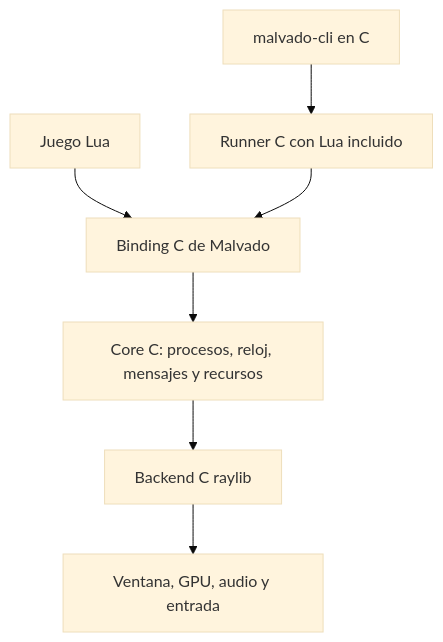
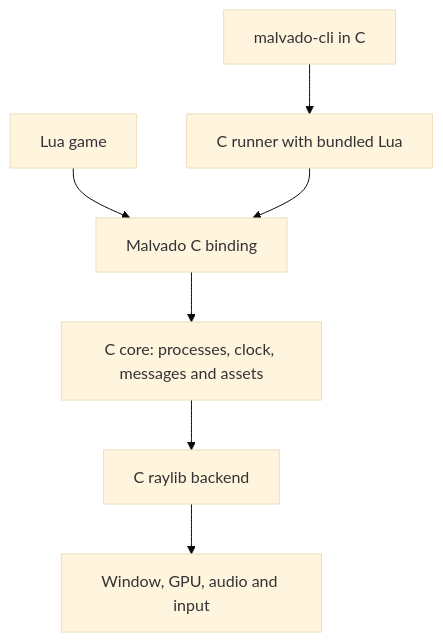
One commit to jepemo/malvado changed the diagram in docs/architecture/runtime.md. Above: the diagram before and after it, drawn with Mermaid (base theme). The commit also changed other lines of this file and 60 other files, not shown here.

````diff
--- a/docs/architecture/runtime.md
+++ b/docs/architecture/runtime.md
@@ -7,9 +7,9 @@
 ```mermaid
 flowchart TD
-    Game[Juego Lua] --> Binding[Binding C de Malvado]
-    CLI[malvado-cli en C] --> Runner[Runner C con Lua incluido]
+    Game[Lua game] --> Binding[Malvado C binding]
+    CLI[malvado-cli in C] --> Runner[C runner with bundled Lua]
     Runner --> Binding
-    Binding --> Core[Core C: procesos, reloj, mensajes y recursos]
-    Core --> Backend[Backend C raylib]
-    Backend --> Platform[Ventana, GPU, audio y entrada]
+    Binding --> Core[C core: processes, clock, messages and assets]
+    Core --> Backend[C raylib backend]
+    Backend --> Platform[Window, GPU, audio and input]
 ```
````
